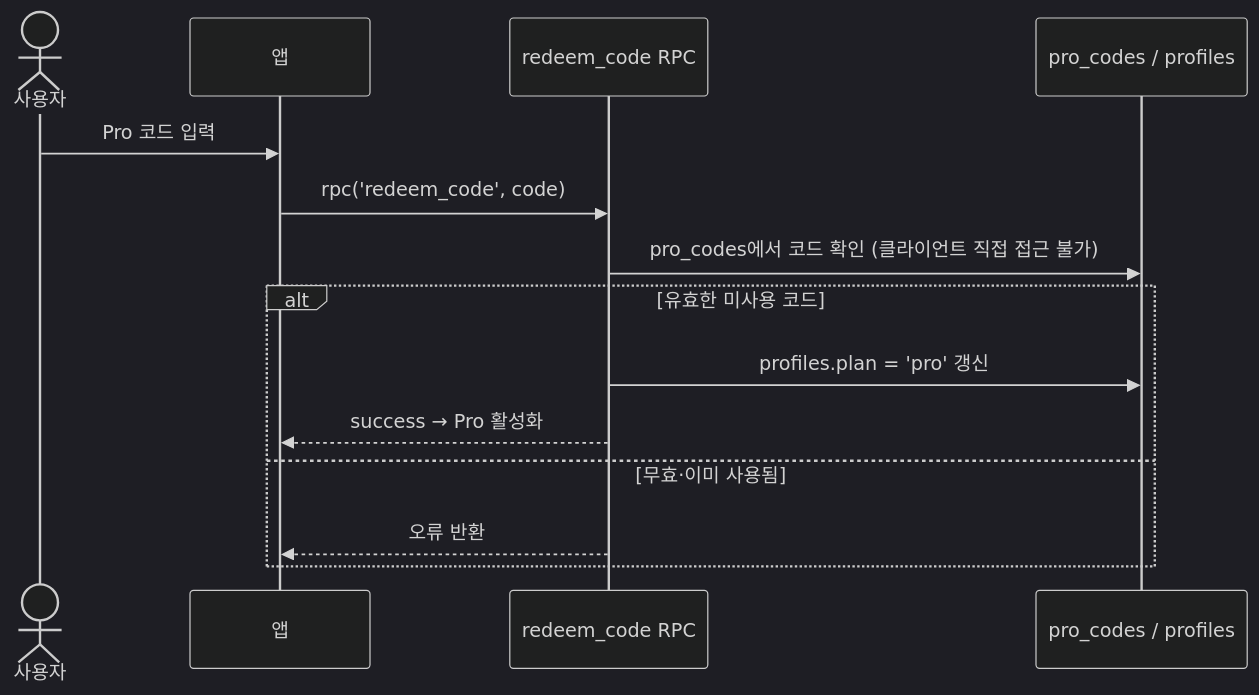
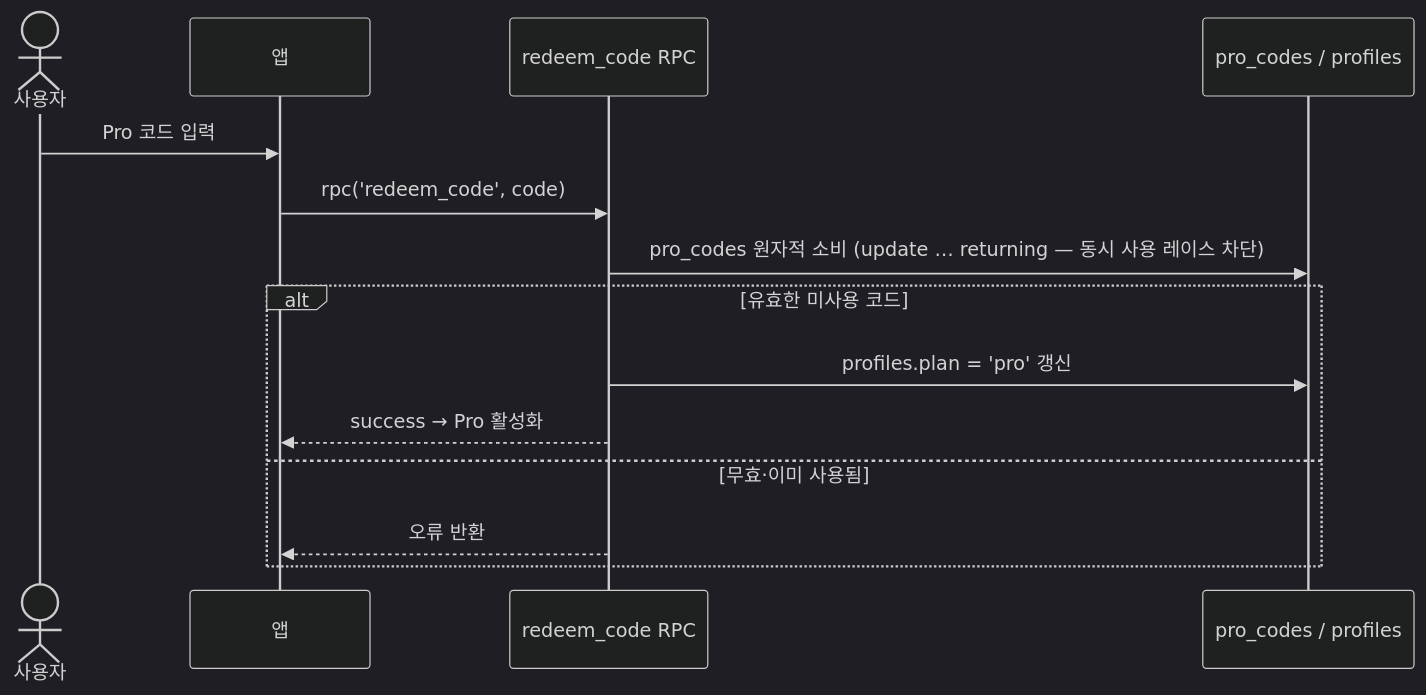
Before and after one commit to skygoldlee-cyber/passok: the fifth of 5 diagrams in docs/dev/design/SUPABASE_DESIGN.md, drawn with Mermaid (dark theme). The commit also changed other lines of this file and 2 other files, not shown here.

````diff
--- a/docs/dev/design/SUPABASE_DESIGN.md
+++ b/docs/dev/design/SUPABASE_DESIGN.md
@@ -146,17 +146,17 @@
 ```mermaid
 sequenceDiagram
     actor U as 사용자
     participant A as 앱
     participant R as redeem_code RPC
     participant DB as pro_codes / profiles
 
     U->>A: Pro 코드 입력
     A->>R: rpc('redeem_code', code)
-    R->>DB: pro_codes에서 코드 확인 (클라이언트 직접 접근 불가)
+    R->>DB: pro_codes 원자적 소비 (update … returning — 동시 사용 레이스 차단)
     alt 유효한 미사용 코드
         R->>DB: profiles.plan = 'pro' 갱신
         R-->>A: success → Pro 활성화
     else 무효·이미 사용됨
         R-->>A: 오류 반환
     end
 ```
````
